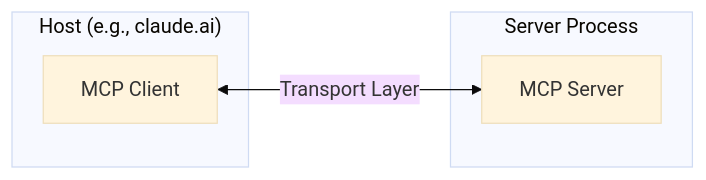
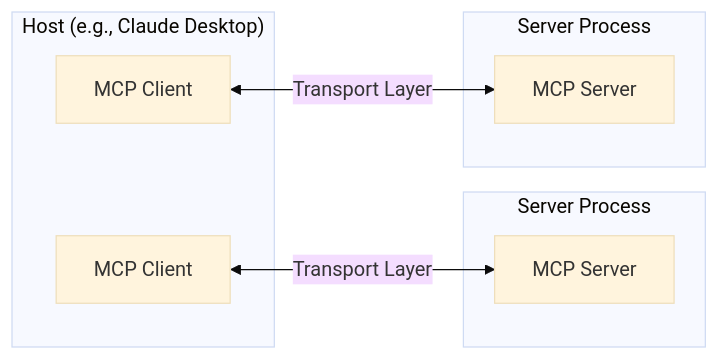
Before and after one commit to zcstarr/modelcontextprotocol: the first of 2 diagrams in docs/concepts/architecture.mdx, drawn with Mermaid (base theme). The commit also changed other lines of this file, not shown here.

````diff
--- a/docs/concepts/architecture.mdx
+++ b/docs/concepts/architecture.mdx
@@ -16,11 +16,16 @@
 ```mermaid
 flowchart LR
-    subgraph "Host (e.g., claude.ai)"
-        client[MCP Client]
+    subgraph "&nbsp;Host (e.g., Claude Desktop)&nbsp;"
+        client1[MCP Client]
+        client2[MCP Client]
     end
     subgraph "Server Process"
-        server[MCP Server]
+        server1[MCP Server]
+    end
+    subgraph "Server Process"
+        server2[MCP Server]
     end
     
-    client <-->|Transport Layer| server
+    client1 <-->|Transport Layer| server1
+    client2 <-->|Transport Layer| server2
 ```
````
